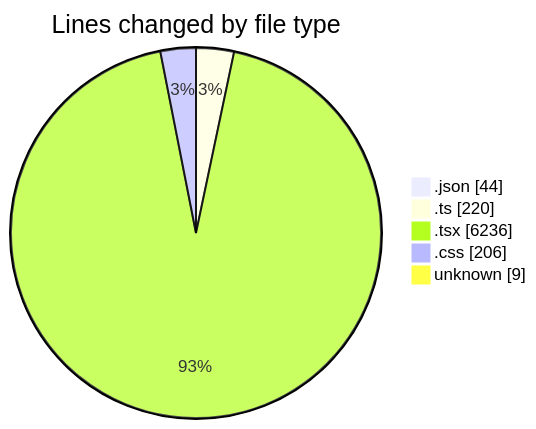
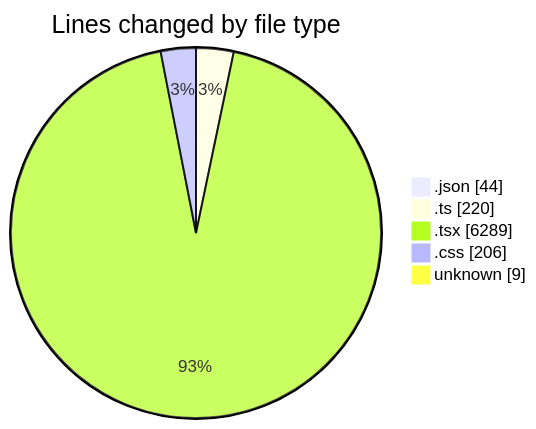
Before and after one commit to julien-gomy/code-tracking: the first of 2 diagrams in 2025-10-24/eventscop-frontend-guide__workspace_/README.md, drawn with Mermaid. The commit also changed other lines of this file and 1 other file, not shown here.

````diff
--- a/2025-10-24/eventscop-frontend-guide__workspace_/README.md
+++ b/2025-10-24/eventscop-frontend-guide__workspace_/README.md
@@ -47,9 +48,9 @@
 ```mermaid
 pie showData
 title Lines changed by file type
 ".json" : 44
 ".ts" : 220
-".tsx" : 6236
+".tsx" : 6289
 ".css" : 206
 "unknown" : 9
 ```
````
